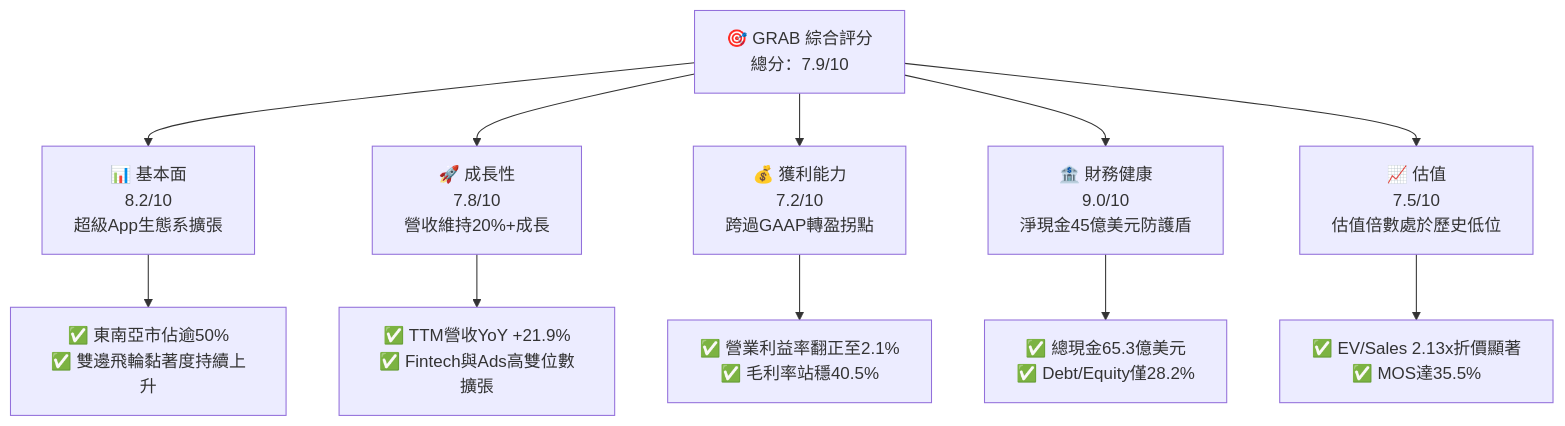
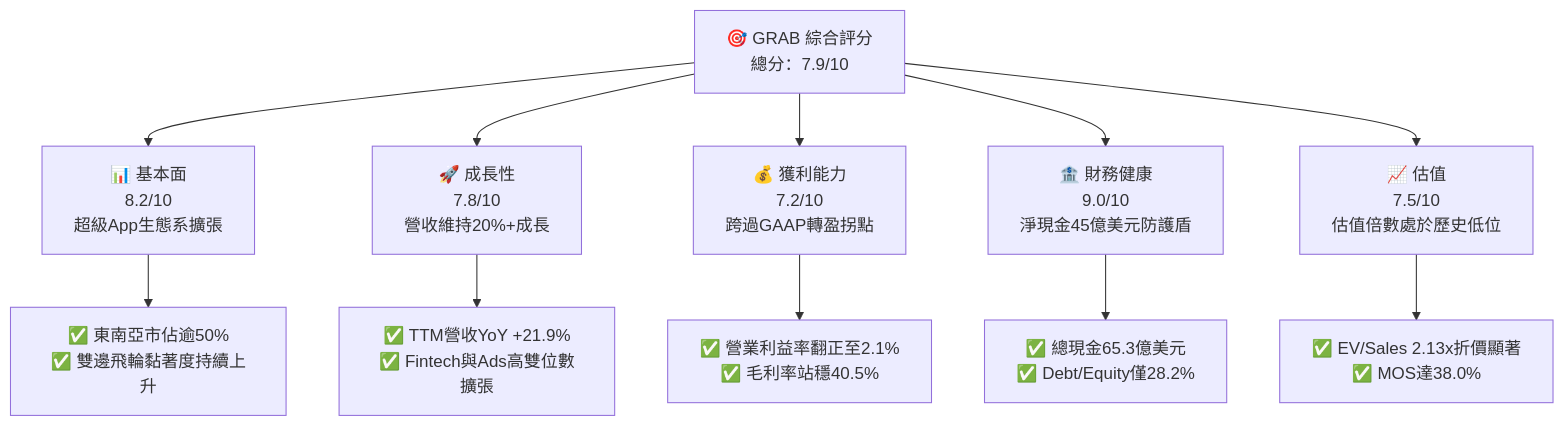
The first of 15 diagrams in ai_gen_report/fundamental/grab/fundamental_analysis_2026-10-19_gemini.md (yennanliu/finance_data), drawn with Mermaid before and after one commit. The commit also changed other lines of this file and 339 other files, not shown here.

````diff
--- a/ai_gen_report/fundamental/grab/fundamental_analysis_2026-10-19_gemini.md
+++ b/ai_gen_report/fundamental/grab/fundamental_analysis_2026-10-19_gemini.md
@@ -60,22 +67,22 @@
 ```mermaid
 graph TD
     TICKER["🎯 GRAB 綜合評分<br/>總分：7.9/10"]
 
     F["📊 基本面<br/>8.2/10<br/>超級App生態系擴張"]
     G["🚀 成長性<br/>7.8/10<br/>營收維持20%+成長"]
     P["💰 獲利能力<br/>7.2/10<br/>跨過GAAP轉盈拐點"]
     B["🏦 財務健康<br/>9.0/10<br/>淨現金45億美元防護盾"]
     V["📈 估值<br/>7.5/10<br/>估值倍數處於歷史低位"]
 
     TICKER --> F
     TICKER --> G
     TICKER --> P
     TICKER --> B
     TICKER --> V
 
     F --> F1["✅ 東南亞市佔逾50%<br/>✅ 雙邊飛輪黏著度持續上升"]
     G --> G1["✅ TTM營收YoY +21.9%<br/>✅ Fintech與Ads高雙位數擴張"]
     P --> P1["✅ 營業利益率翻正至2.1%<br/>✅ 毛利率站穩40.5%"]
     B --> B1["✅ 總現金65.3億美元<br/>✅ Debt/Equity僅28.2%"]
-    V --> V1["✅ EV/Sales 2.13x折價顯著<br/>✅ MOS達35.5%"]
+    V --> V1["✅ EV/Sales 2.13x折價顯著<br/>✅ MOS達38.0%"]
 ```
````
